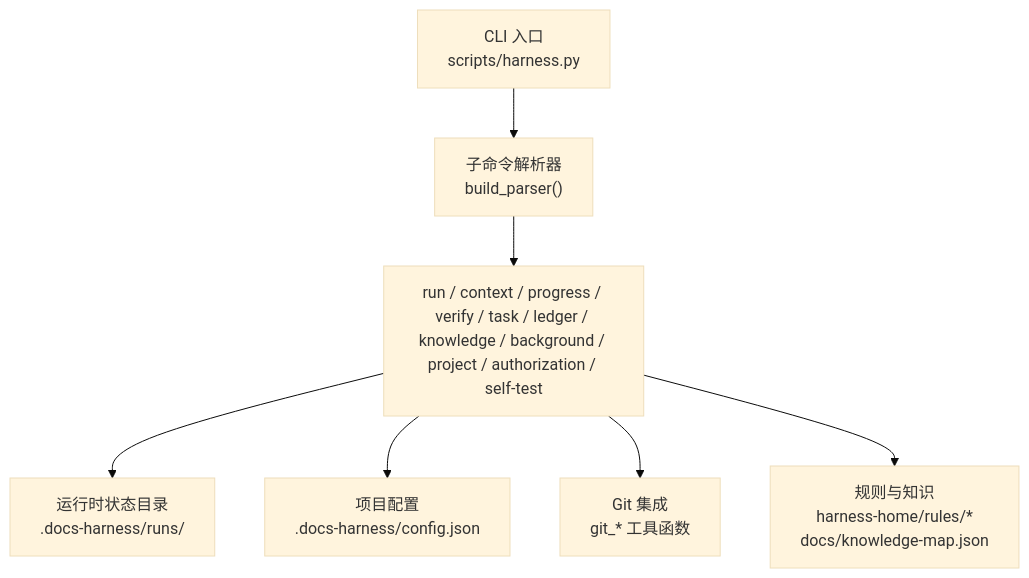
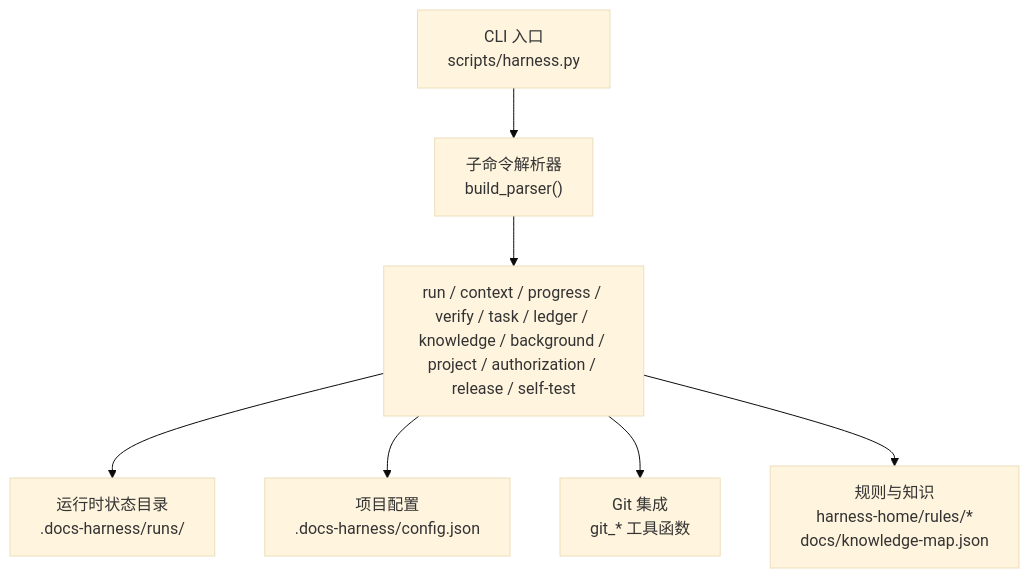
Before and after one commit to HackSing/docs-harness: the first of 3 diagrams in .qoder/repowiki/zh/content/API参考/CLI命令参考/CLI命令参考.md, drawn with Mermaid (base theme). The commit also changed other lines of this file and 45 other files, not shown here.

First line of the commit message:
feat(harness): v1.7.6 按变更面选择验证强度、git_commit 受控意图与关键词 Gate 路由移除

````diff
--- a/.qoder/repowiki/zh/content/API参考/CLI命令参考/CLI命令参考.md
+++ b/.qoder/repowiki/zh/content/API参考/CLI命令参考/CLI命令参考.md
@@ -39,9 +46,9 @@
 ```mermaid
 graph TB
 A["CLI 入口<br/>scripts/harness.py"] --> B["子命令解析器<br/>build_parser()"]
-B --> C["run / context / progress / verify / task / ledger / knowledge / background / project / authorization / self-test"]
+B --> C["run / context / progress / verify / task / ledger / knowledge / background / project / authorization / release / self-test"]
 C --> D["运行时状态目录<br/>.docs-harness/runs/<task-id>"]
 C --> E["项目配置<br/>.docs-harness/config.json"]
 C --> F["Git 集成<br/>git_* 工具函数"]
 C --> G["规则与知识<br/>harness-home/rules/*<br/>docs/knowledge-map.json"]
 ```
````
